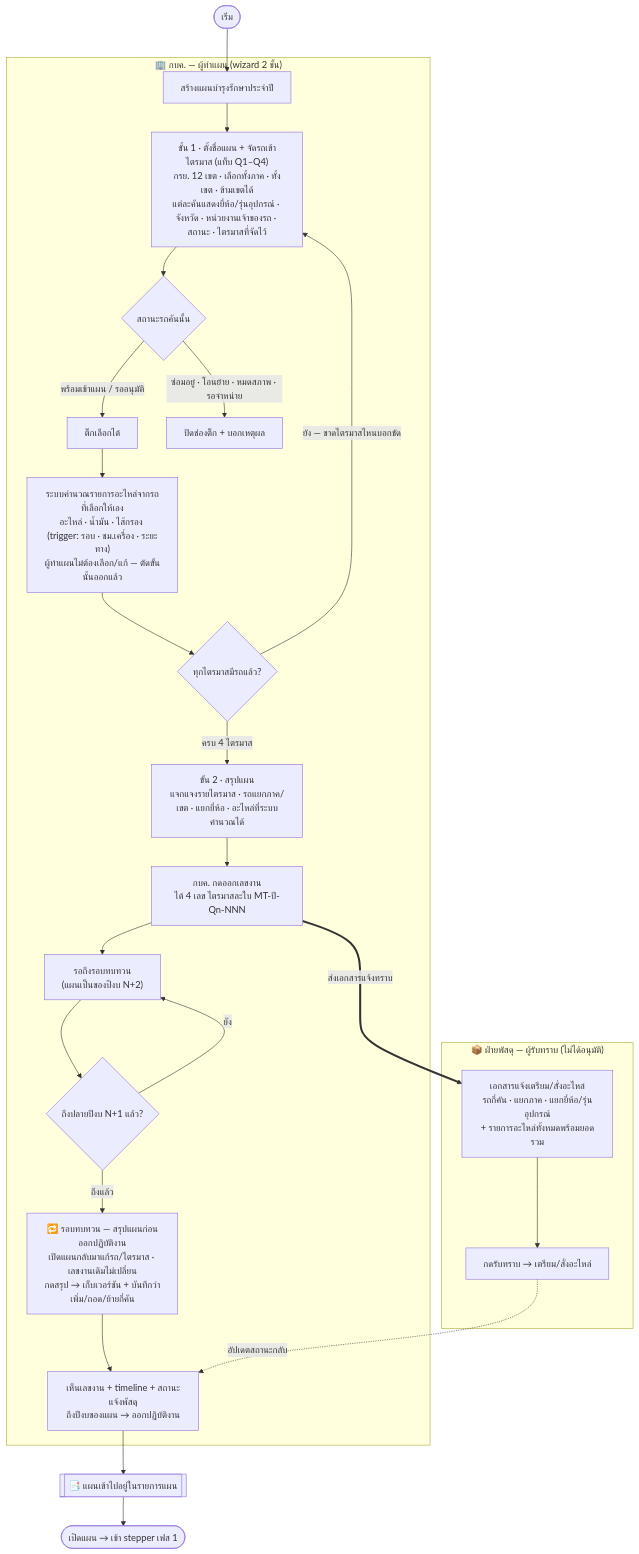
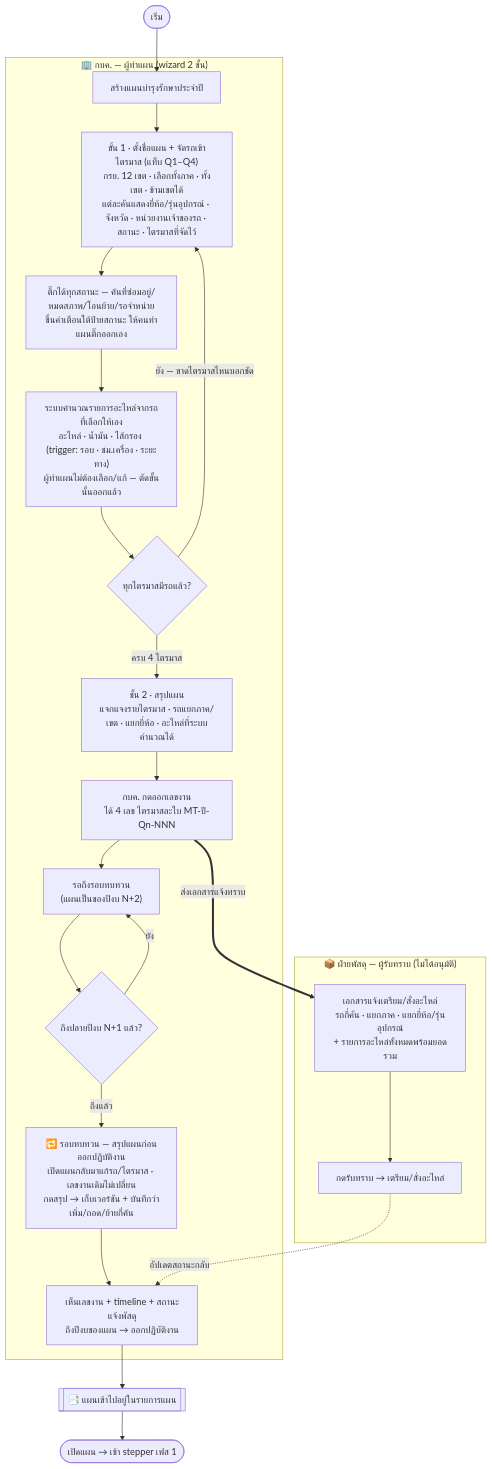
One commit to anugmail/Maintenance-Request-Form changed the diagram in Diagram/01-บำรุงรักษาตามวาระ/01-ออกเลขงาน.md. Above: the diagram before and after it, drawn with Mermaid. The commit also changed other lines of this file and 31 other files, not shown here.

````diff
--- a/Diagram/01-บำรุงรักษาตามวาระ/01-ออกเลขงาน.md
+++ b/Diagram/01-บำรุงรักษาตามวาระ/01-ออกเลขงาน.md
@@ -24,34 +24,32 @@
 ```mermaid
 flowchart TB
     S([เริ่ม])
 
     subgraph KBK["🏢 กบค. — ผู้ทำแผน (wizard 2 ขั้น)"]
         A[สร้างแผนบำรุงรักษาประจำปี]
         A --> B["ขั้น 1 · ตั้งชื่อแผน + จัดรถเข้าไตรมาส (แท็บ Q1–Q4)<br/>กรย. 12 เขต · เลือกทั้งภาค · ทั้งเขต · ข้ามเขตได้<br/>แต่ละคันแสดงยี่ห้อ/รุ่นอุปกรณ์ · จังหวัด · หน่วยงานเจ้าของรถ · สถานะ · ไตรมาสที่จัดไว้"]
-        B --> B2{"สถานะรถคันนั้น"}
-        B2 -->|พร้อมเข้าแผน / รออนุมัติ| B3["ติ๊กเลือกได้"]
-        B2 -->|ซ่อมอยู่ · โอนย้าย · หมดสภาพ · รอจำหน่าย| B4["ปิดช่องติ๊ก + บอกเหตุผล"]
-        B3 --> C["ระบบคำนวณรายการอะไหล่จากรถที่เลือกให้เอง<br/>อะไหล่ · น้ำมัน · ไส้กรอง (trigger: รอบ · ชม.เครื่อง · ระยะทาง)<br/>ผู้ทำแผนไม่ต้องเลือก/แก้ — ตัดขั้นนั้นออกแล้ว"]
+        B --> B2["ติ๊กได้ทุกสถานะ — คันที่ซ่อมอยู่/หมดสภาพ/โอนย้าย/รอจำหน่าย<br/>ขึ้นคำเตือนใต้ป้ายสถานะ ให้คนทำแผนติ๊กออกเอง"]
+        B2 --> C["ระบบคำนวณรายการอะไหล่จากรถที่เลือกให้เอง<br/>อะไหล่ · น้ำมัน · ไส้กรอง (trigger: รอบ · ชม.เครื่อง · ระยะทาง)<br/>ผู้ทำแผนไม่ต้องเลือก/แก้ — ตัดขั้นนั้นออกแล้ว"]
         C --> CQ{"ทุกไตรมาสมีรถแล้ว?"}
         CQ -->|"ยัง — ขาดไตรมาสไหนบอกชัด"| B
         CQ -->|ครบ 4 ไตรมาส| D["ขั้น 2 · สรุปแผน<br/>แจกแจงรายไตรมาส · รถแยกภาค/เขต · แยกยี่ห้อ · อะไหล่ที่ระบบคำนวณได้"]
         D --> E["กบค. กดออกเลขงาน<br/>ได้ 4 เลข ไตรมาสละใบ MT-ปี-Qn-NNN"]
         E --> W["รอถึงรอบทบทวน<br/>(แผนเป็นของปีงบ N+2)"]
         W --> RV{"ถึงปลายปีงบ N+1 แล้ว?"}
         RV -->|ยัง| W
         RV -->|ถึงแล้ว| R1["🔁 รอบทบทวน — สรุปแผนก่อนออกปฏิบัติงาน<br/>เปิดแผนกลับมาแก้รถ/ไตรมาส · เลขงานเดิมไม่เปลี่ยน<br/>กดสรุป → เก็บเวอร์ชัน + บันทึกว่าเพิ่ม/ถอด/ย้ายกี่คัน"]
         R1 --> J[เห็นเลขงาน + timeline + สถานะแจ้งพัสดุ<br/>ถึงปีงบของแผน → ออกปฏิบัติงาน]
     end
 
     subgraph PSD["📦 ฝ่ายพัสดุ — ผู้รับทราบ (ไม่ได้อนุมัติ)"]
         F["เอกสารแจ้งเตรียม/สั่งอะไหล่<br/>รถกี่คัน · แยกภาค · แยกยี่ห้อ/รุ่นอุปกรณ์<br/>+ รายการอะไหล่ทั้งหมดพร้อมยอดรวม"]
         G[กดรับทราบ → เตรียม/สั่งอะไหล่]
         F --> G
     end
 
     S --> A
     E ==>|ส่งเอกสารแจ้งทราบ| F
     G -. อัปเดตสถานะกลับ .-> J
     J --> L[["📑 แผนเข้าไปอยู่ในรายการแผน"]]
     L --> Z(["เปิดแผน → เข้า stepper เฟส 1"])
 ```
````
